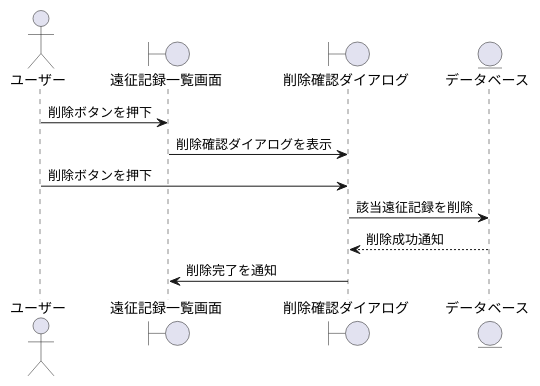
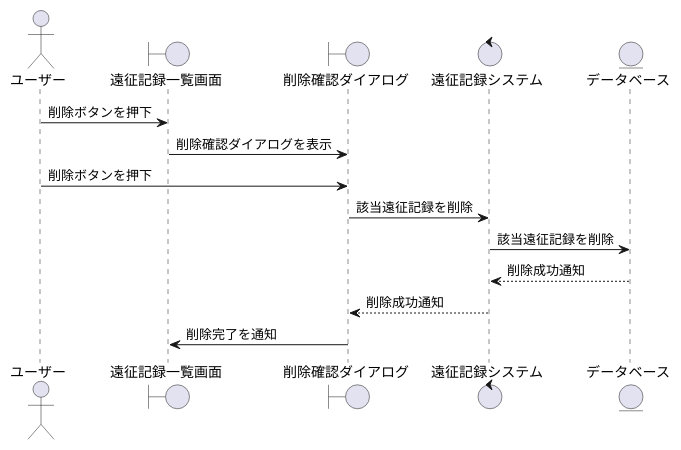
The diagram in シーケンス図/遠征記録/削除.pu (shoken3207/sotsuken), drawn with PlantUML before and after one commit. The commit also changed 7 other files, not shown here.

```diff
--- a/シーケンス図/遠征記録/削除.pu
+++ b/シーケンス図/遠征記録/削除.pu
@@ -1,15 +1,18 @@
 @startuml
 actor ユーザー as User
 boundary "遠征記録一覧画面" as RecordList
 boundary "削除確認ダイアログ" as ConfirmDialog
+control "遠征記録システム" as System
 entity "データベース" as DB
 
 User -> RecordList: 削除ボタンを押下
 RecordList -> ConfirmDialog: 削除確認ダイアログを表示
 
 User -> ConfirmDialog: 削除ボタンを押下
-ConfirmDialog -> DB: 該当遠征記録を削除
-DB --> ConfirmDialog: 削除成功通知
+ConfirmDialog -> System: 該当遠征記録を削除
+System -> DB: 該当遠征記録を削除
+DB --> System: 削除成功通知
+System --> ConfirmDialog: 削除成功通知
 ConfirmDialog -> RecordList: 削除完了を通知
 
 @enduml
```
